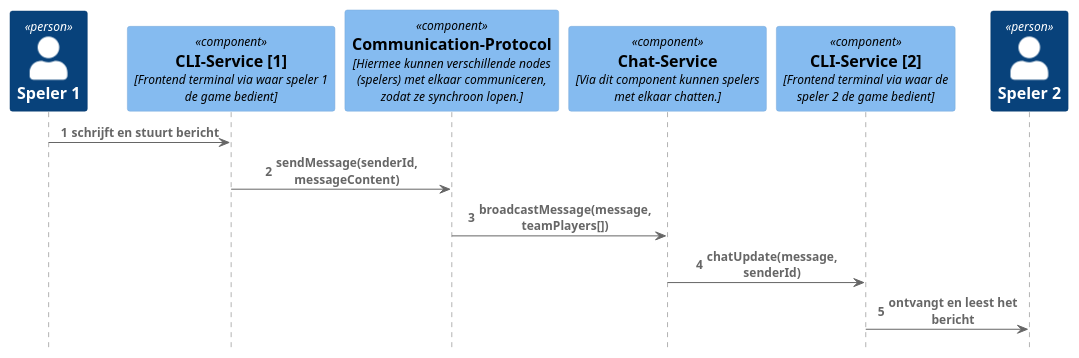
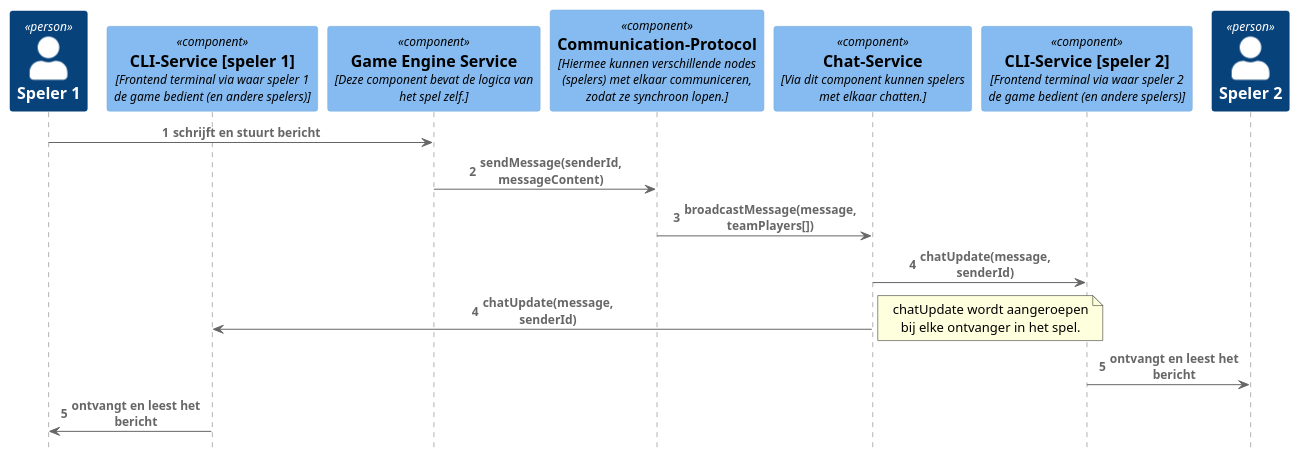
Before and after one commit to DaanBannaan/SAD-sequentie: the diagram in chatSequenceDiagram.puml, drawn with PlantUML. The commit also changed 1 other file, not shown here.

Commit message:
diagrammen aangepast aan top down

```diff
--- a/chatSequenceDiagram.puml
+++ b/chatSequenceDiagram.puml
@@ -1,24 +1,35 @@
 @startuml
 !include https://raw.githubusercontent.com/plantuml-stdlib/C4-PlantUML/master/C4_Sequence.puml
 
 autonumber
 
 
 Person(user, "Speler 1")
 
-Component(cli, "CLI-Service [1]", "Frontend terminal via waar speler 1 de game bedient")
+Component(cli1, "CLI-Service [speler 1]", "Frontend terminal via waar speler 1 de game bedient (en andere spelers)")
+Component(engine, "Game Engine Service", "Deze component bevat de logica van het spel zelf.")
 Component(communication, "Communication-Protocol", "Hiermee kunnen verschillende nodes (spelers) met elkaar communiceren, zodat ze synchroon lopen.")
 Component(chat, "Chat-Service", "Via dit component kunnen spelers met elkaar chatten.")
-Component(cli2, "CLI-Service [2]", "Frontend terminal via waar de speler 2 de game bedient")
+Component(cli2, "CLI-Service [speler 2]", "Frontend terminal via waar speler 2 de game bedient (en andere spelers)")
 
 Person(user2, "Speler 2")
 
-Rel(user, cli, "schrijft en stuurt bericht")
-Rel(cli, communication, "sendMessage(senderId, messageContent)")
+Rel(user, engine, "schrijft en stuurt bericht")
+Rel(engine, communication, "sendMessage(senderId, messageContent)")
 Rel(communication, chat, "broadcastMessage(message, teamPlayers[])")
 Rel(chat, cli2, "chatUpdate(message, senderId)")
+autonumber 4
+Rel(chat, cli1, "chatUpdate(message, senderId)")
+
+note right
+    chatUpdate wordt aangeroepen bij elke ontvanger in het spel.
+end note
+
 Rel(cli2, user2, "ontvangt en leest het bericht")
+autonumber 5
+Rel(cli1, user, "ontvangt en leest het bericht")
+
 
 
 
 @enduml
```
